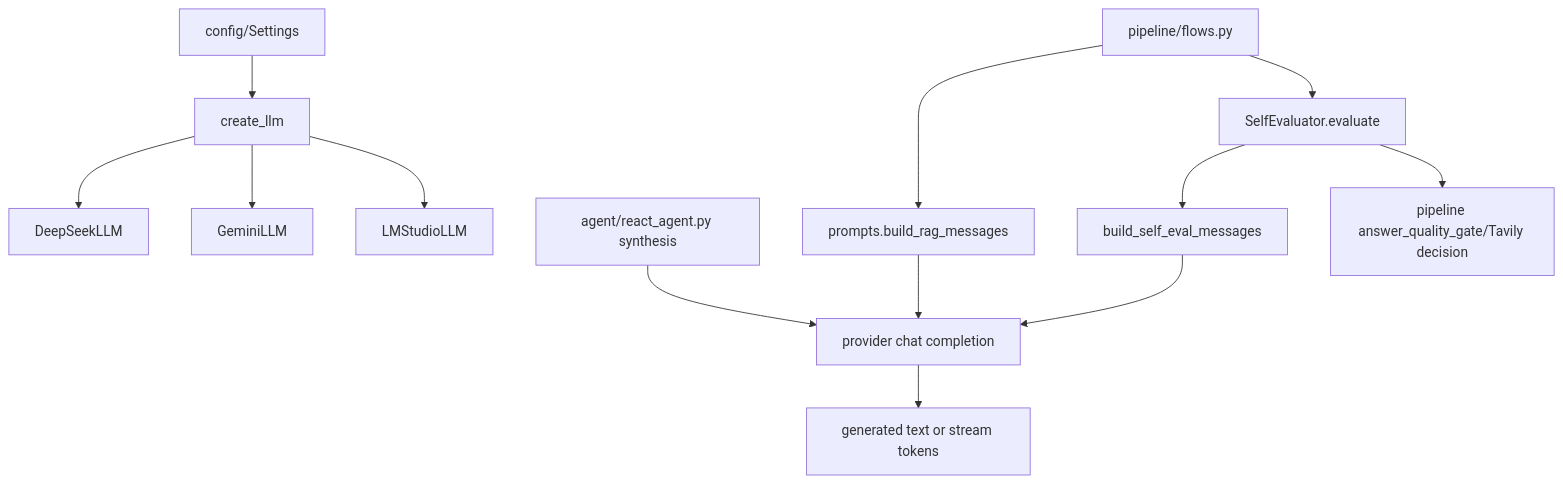
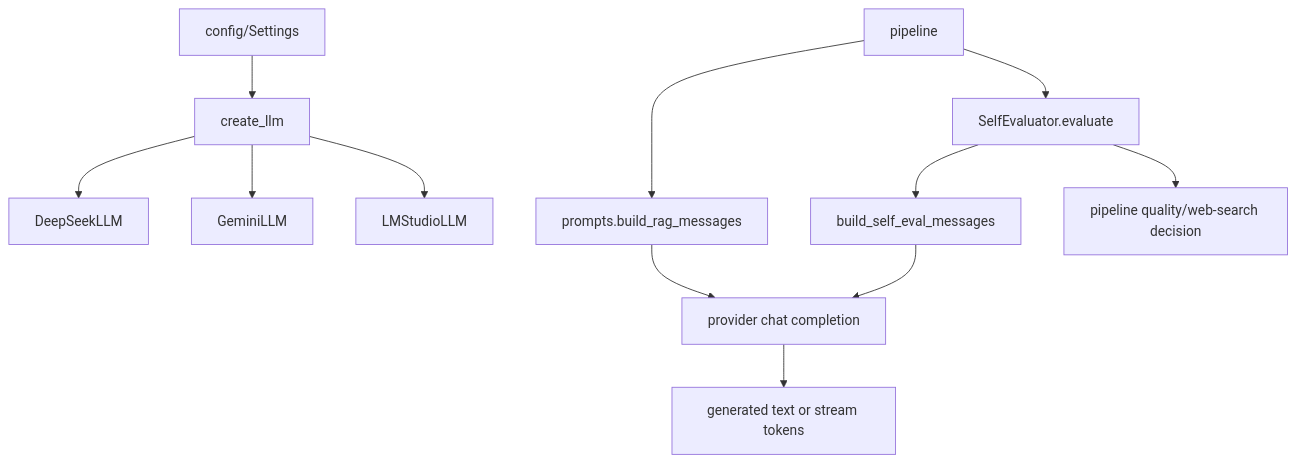
Before and after one commit to hoainam183/GR: the diagram in src/RAG_v2/llm/MODULE.md, drawn with Mermaid. The commit also changed other lines of this file and 50 other files, not shown here.

````diff
--- a/src/RAG_v2/llm/MODULE.md
+++ b/src/RAG_v2/llm/MODULE.md
@@ -102,15 +116,14 @@
 ```mermaid
 flowchart TD
   Settings["config/Settings"] --> Factory["create_llm"]
   Factory --> DeepSeek["DeepSeekLLM"]
   Factory --> Gemini["GeminiLLM"]
   Factory --> LMStudio["LMStudioLLM"]
-  Pipeline["pipeline/flows.py"] --> Prompt["prompts.build_rag_messages"]
-  Agent["agent/react_agent.py synthesis"] --> Provider["provider chat completion"]
-  Prompt --> Provider
+  Pipeline["pipeline"] --> Prompt["prompts.build_rag_messages"]
+  Prompt --> Provider["provider chat completion"]
   Provider --> Answer["generated text or stream tokens"]
   Pipeline --> SelfEval["SelfEvaluator.evaluate"]
   SelfEval --> EvalPrompt["build_self_eval_messages"]
   EvalPrompt --> Provider
-  SelfEval --> QualityGate["pipeline answer_quality_gate/Tavily decision"]
+  SelfEval --> QualityGate["pipeline quality/web-search decision"]
 ```
````
